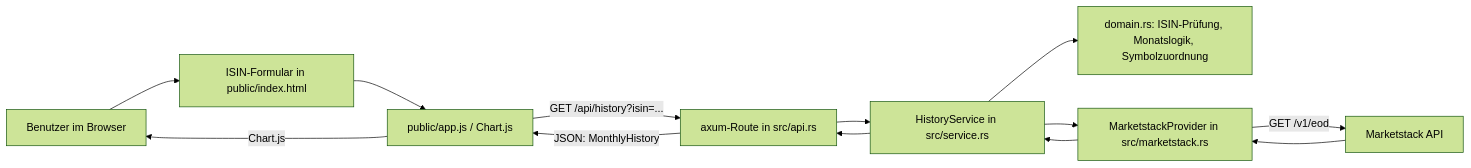
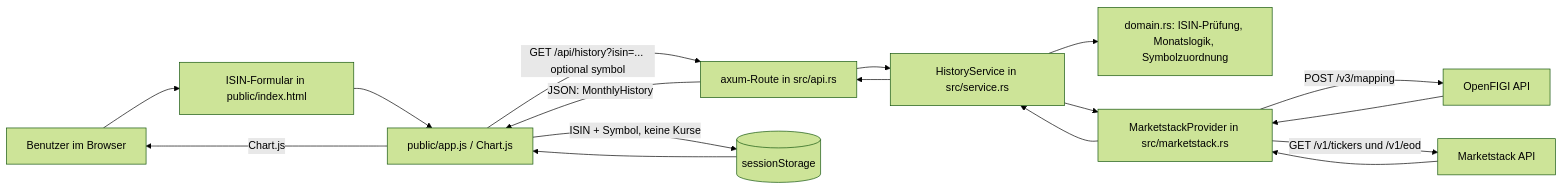
Before and after one commit to bvlbvl/asset-explorer: the diagram in docs/ARCHITECTURE.md, drawn with Mermaid (forest theme). The commit also changed other lines of this file and 17 other files, not shown here.

````diff
--- a/docs/ARCHITECTURE.md
+++ b/docs/ARCHITECTURE.md
@@ -16,15 +16,19 @@
 ```mermaid
 flowchart LR
     User[Benutzer im Browser] --> Form[ISIN-Formular in public/index.html]
     Form --> Browser[public/app.js / Chart.js]
-    Browser -->|GET /api/history?isin=...| API[axum-Route in src/api.rs]
+    Browser -->|GET /api/history?isin=... optional symbol| API[axum-Route in src/api.rs]
+    Browser -->|ISIN + Symbol, keine Kurse| Session[(sessionStorage)]
+    Session --> Browser
     API --> Service[HistoryService in src/service.rs]
     Service --> Domain[domain.rs: ISIN-Prüfung, Monatslogik, Symbolzuordnung]
     Service --> Provider[MarketstackProvider in src/marketstack.rs]
-    Provider -->|GET /v1/eod| Marketstack[Marketstack API]
+    Provider -->|POST /v3/mapping| OpenFIGI[OpenFIGI API]
+    OpenFIGI --> Provider
+    Provider -->|GET /v1/tickers und /v1/eod| Marketstack[Marketstack API]
     Marketstack --> Provider
     Provider --> Service
     Service --> API
     API -->|JSON: MonthlyHistory| Browser
     Browser -->|Chart.js| User
 ```
````
